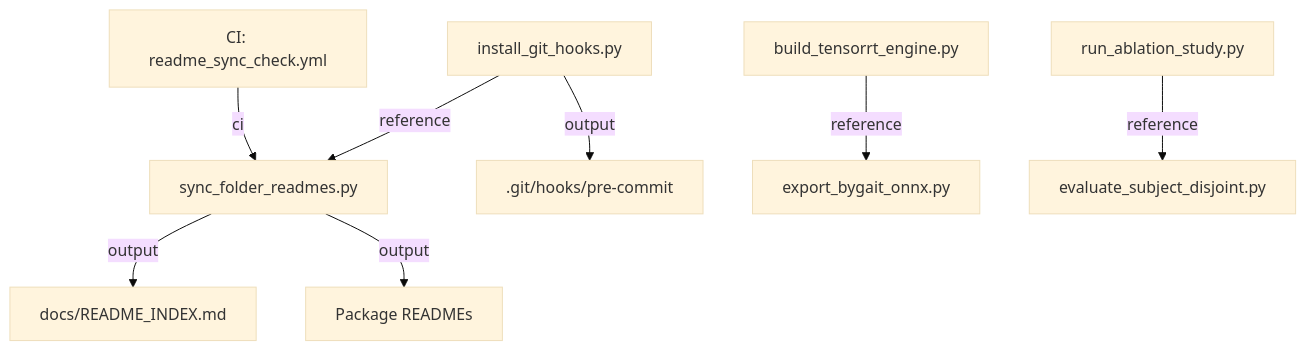
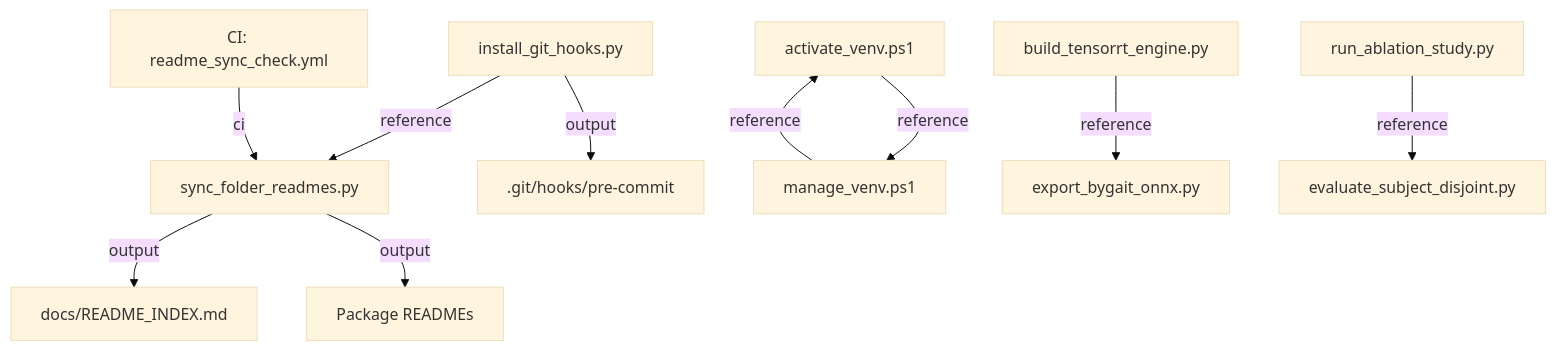
Before and after one commit to chanuka8/argus-gait-recognition: the first of 3 diagrams in scripts/README.md, drawn with Mermaid (base theme). The commit also changed other lines of this file and 8 other files, not shown here.

````diff
--- a/scripts/README.md
+++ b/scripts/README.md
@@ -814,20 +818,24 @@
 ```mermaid
 flowchart TD
     CI__readme_sync_check_yml["CI: readme_sync_check.yml"]
     sync_folder_readmes_py["sync_folder_readmes.py"]
     CI__readme_sync_check_yml -->|ci| sync_folder_readmes_py
+    activate_venv_ps1["activate_venv.ps1"]
+    manage_venv_ps1["manage_venv.ps1"]
+    activate_venv_ps1 -->|reference| manage_venv_ps1
     build_tensorrt_engine_py["build_tensorrt_engine.py"]
     export_bygait_onnx_py["export_bygait_onnx.py"]
     build_tensorrt_engine_py -->|reference| export_bygait_onnx_py
     install_git_hooks_py["install_git_hooks.py"]
     _git_hooks_pre_commit[".git/hooks/pre-commit"]
     install_git_hooks_py -->|output| _git_hooks_pre_commit
     install_git_hooks_py -->|reference| sync_folder_readmes_py
+    manage_venv_ps1 -->|reference| activate_venv_ps1
     run_ablation_study_py["run_ablation_study.py"]
     evaluate_subject_disjoint_py["evaluate_subject_disjoint.py"]
     run_ablation_study_py -->|reference| evaluate_subject_disjoint_py
     Package_READMEs["Package READMEs"]
     sync_folder_readmes_py -->|output| Package_READMEs
     docs_README_INDEX_md["docs/README_INDEX.md"]
     sync_folder_readmes_py -->|output| docs_README_INDEX_md
 ```
````
